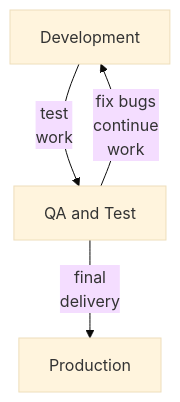
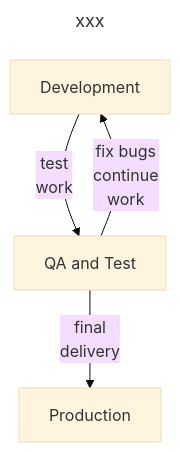
One commit to petre-renware/sdeven changed the diagram in doc_src/SDEVEN.25_SYTEST.md. Above: the diagram before and after it, drawn with Mermaid (base theme).

````diff
--- a/doc_src/SDEVEN.25_SYTEST.md
+++ b/doc_src/SDEVEN.25_SYTEST.md
@@ -93,13 +93,14 @@
 ```mermaid
+---
+title: xxx
+---
 flowchart TD
     dev[Development]
     test[QA and Test]
     prod[Production]
 
     dev -->|test \n work| test
     test -->|fix bugs \n continue \n work| dev
 
     test -->|final \n delivery| prod
-
-    
 ```
````
